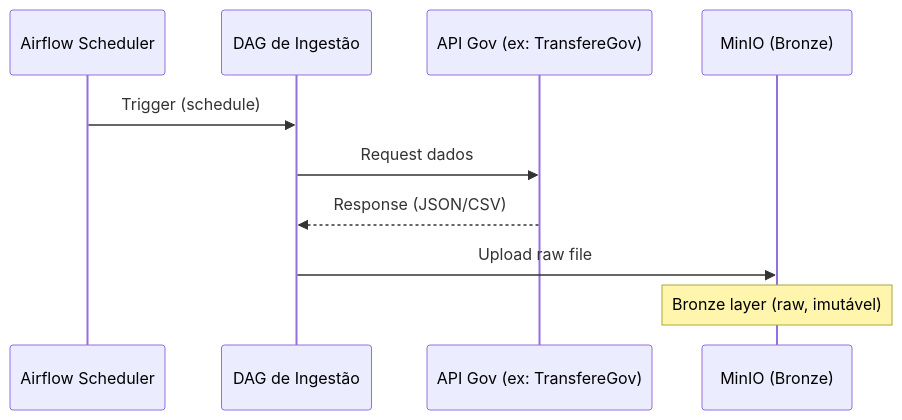
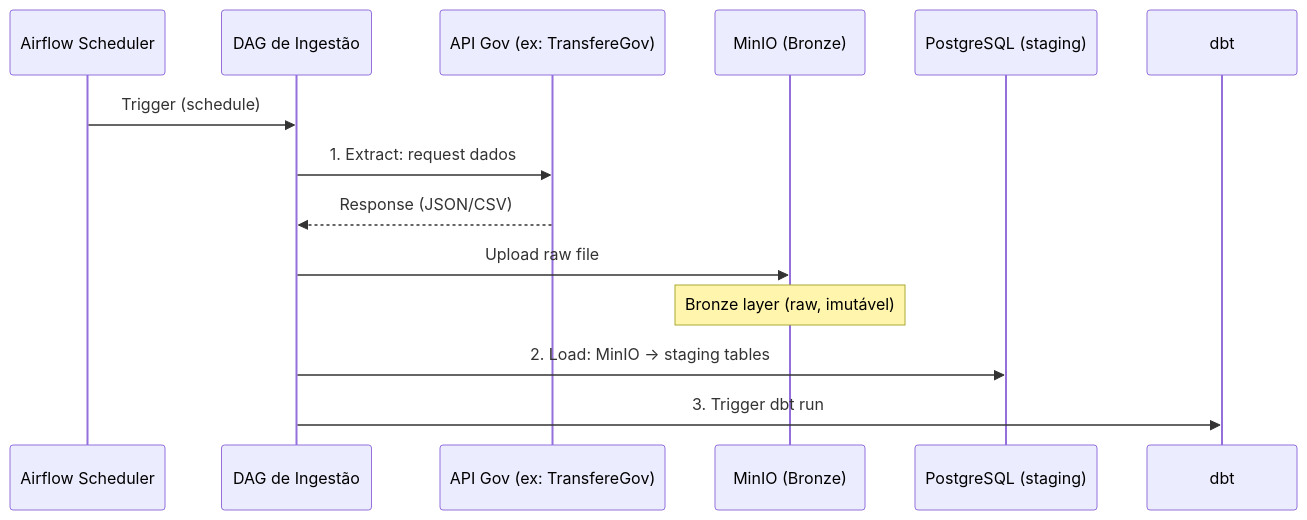
Before and after one commit to RochaCarla/doc-bp: the second of 5 diagrams in docs/arquitetura/fluxo-de-dados.md, drawn with Mermaid. The commit also changed other lines of this file and 28 other files, not shown here.

````diff
--- a/docs/arquitetura/fluxo-de-dados.md
+++ b/docs/arquitetura/fluxo-de-dados.md
@@ -43,13 +45,17 @@
 ```mermaid
 sequenceDiagram
     participant Scheduler as Airflow Scheduler
     participant DAG as DAG de Ingestão
     participant API as API Gov (ex: TransfereGov)
     participant MinIO as MinIO (Bronze)
+    participant PG as PostgreSQL (staging)
+    participant dbt as dbt
 
     Scheduler->>DAG: Trigger (schedule)
-    DAG->>API: Request dados
+    DAG->>API: 1. Extract: request dados
     API-->>DAG: Response (JSON/CSV)
     DAG->>MinIO: Upload raw file
     Note over MinIO: Bronze layer (raw, imutável)
+    DAG->>PG: 2. Load: MinIO → staging tables
+    DAG->>dbt: 3. Trigger dbt run
 ```
````
